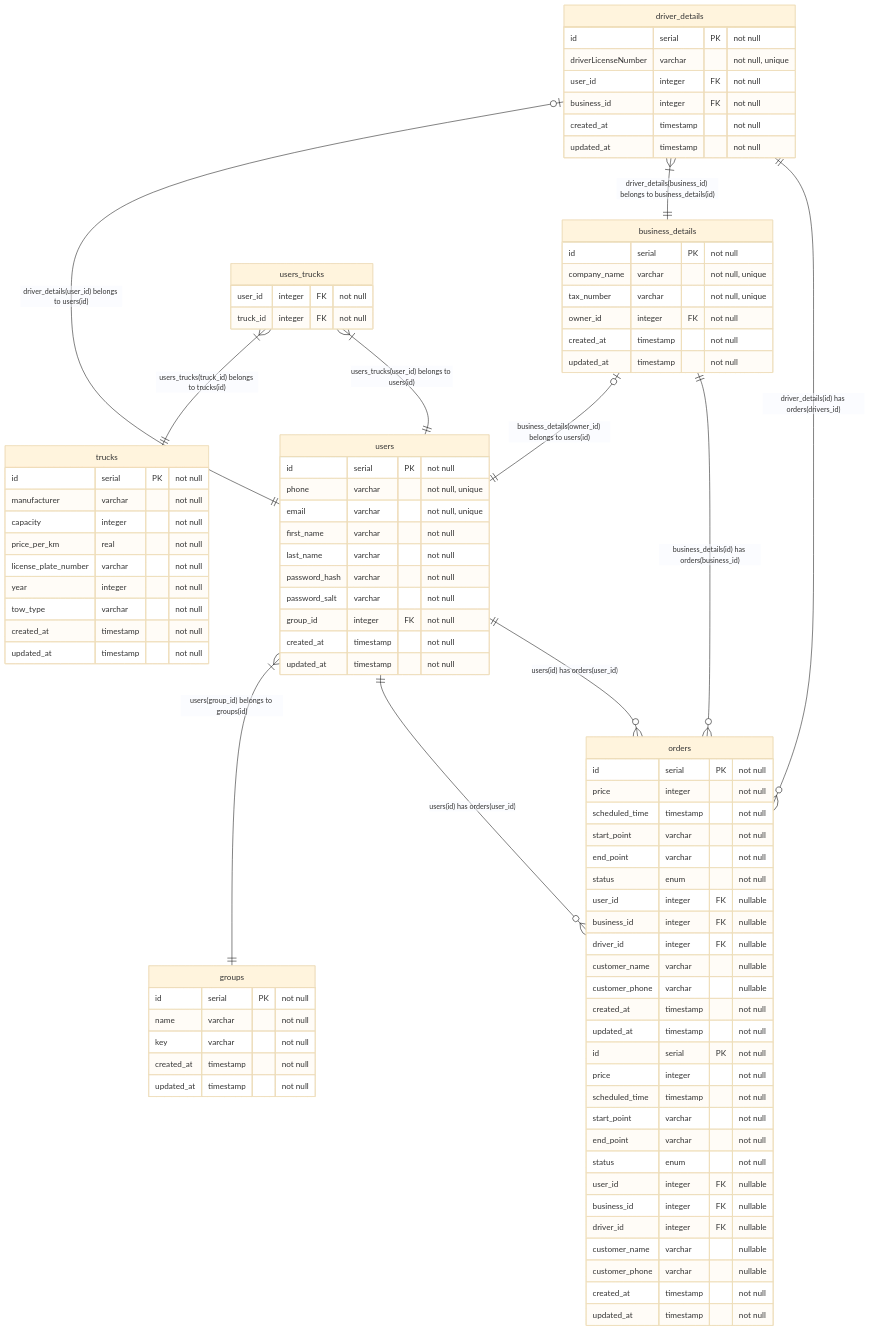
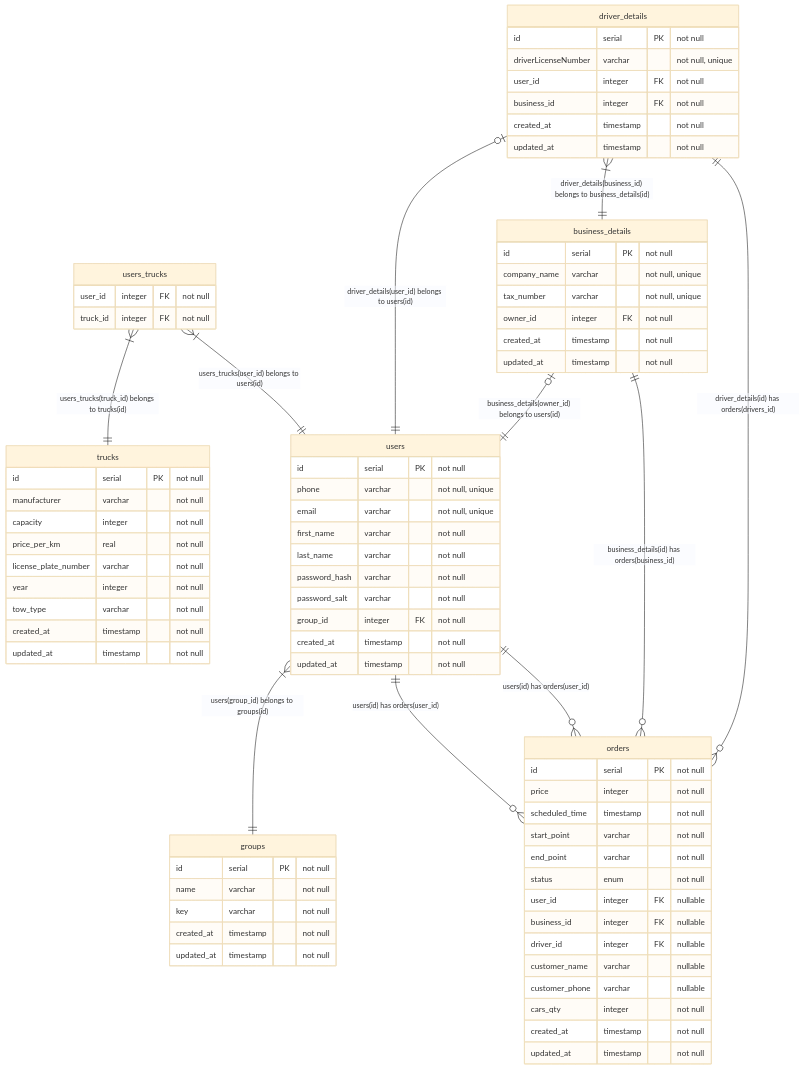
Before and after one commit to BinaryStudioAcademy/bsa-2023-towhub: the diagram in readme.md, drawn with Mermaid (base theme). The commit also changed 14 other files, not shown here.

Commit message:
th-110: + cars qty

```diff
--- a/readme.md
+++ b/readme.md
@@ -58,7 +58,6 @@
         created_at timestamp "not null"
         updated_at timestamp "not null"
     }
-
     groups {
         id serial PK "not null"
         name varchar "not null"
@@ -66,16 +65,6 @@
         created_at timestamp "not null"
         updated_at timestamp "not null"
     }
-
-    business_details {
-        id serial PK "not null"
-        company_name varchar "not null, unique"
-        tax_number varchar "not null, unique"
-        owner_id integer FK "not null"
-        created_at timestamp "not null"
-        updated_at timestamp "not null"
-    }
-
     driver_details {
         id serial PK "not null"
         driverLicenseNumber varchar "not null, unique"
@@ -84,7 +73,10 @@
         created_at timestamp "not null"
         updated_at timestamp "not null"
     }
-
+    users_trucks {
+        user_id integer FK "not null"
+        truck_id integer FK "not null"
+    }
     trucks {
         id serial PK "not null"
         manufacturer varchar "not null"
@@ -96,7 +88,14 @@
         created_at timestamp "not null"
         updated_at timestamp "not null"
     }
-
+    business_details {
+        id serial PK "not null"
+        company_name varchar "not null, unique"
+        tax_number varchar "not null, unique"
+        owner_id integer FK "not null"
+        created_at timestamp "not null"
+        updated_at timestamp "not null"
+    }
     orders {
         id serial PK "not null"
         price integer "not null"
@@ -109,31 +108,9 @@
         driver_id integer FK "nullable"
         customer_name varchar "nullable"
         customer_phone varchar "nullable"
+        cars_qty integer "not null"
         created_at timestamp "not null"
         updated_at timestamp "not null"
-    }
-
-    orders {
-        id serial PK "not null"
-        price integer "not null"
-        scheduled_time timestamp "not null"
-        start_point varchar "not null"
-        end_point varchar "not null"
-        status enum "not null"
-        user_id integer FK "nullable"
-        business_id integer FK "nullable"
-        driver_id integer FK "nullable"
-        customer_name varchar "nullable"
-        customer_phone varchar "nullable"
-        created_at timestamp "not null"
-        updated_at timestamp "not null"
-    }
-
-
-
-    users_trucks {
-        user_id integer FK "not null"
-        truck_id integer FK "not null"
     }
 
     users_trucks one or many -- one trucks: "users_trucks(truck_id) belongs to trucks(id)"
```
